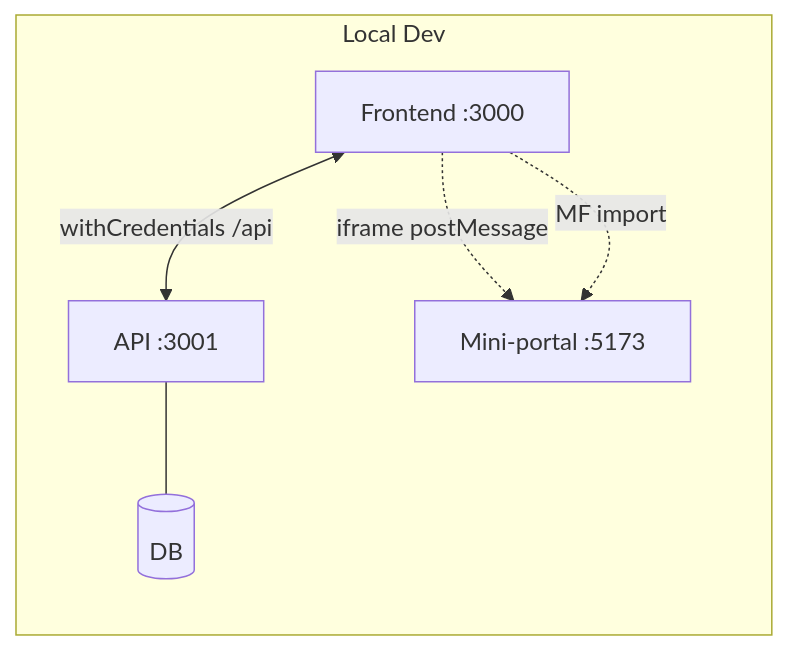
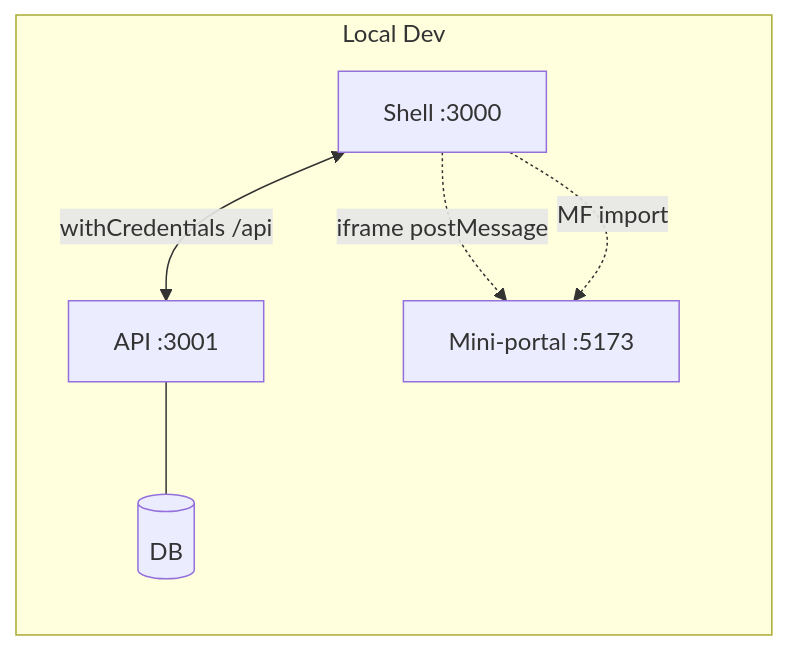
One commit to TAdev07/super-admin-portal-demo changed the fifth of 5 diagrams in docs/system-overview.md. Above: the diagram before and after it, drawn with Mermaid. The commit also changed other lines of this file and 44 other files, not shown here.

````diff
--- a/docs/system-overview.md
+++ b/docs/system-overview.md
@@ -128,14 +128,14 @@
 ```mermaid
 flowchart LR
   subgraph Local Dev
-    FE[Frontend :3000]
+  FE[Shell :3000]
     API[API :3001]
     MINI[Mini-portal :5173]
     DB[(DB)]
   end
   FE <-- withCredentials /api --> API
   API --- DB
   FE -. iframe postMessage .-> MINI
   %% Optional MF path
   FE -. MF import .-> MINI
 ```
````
